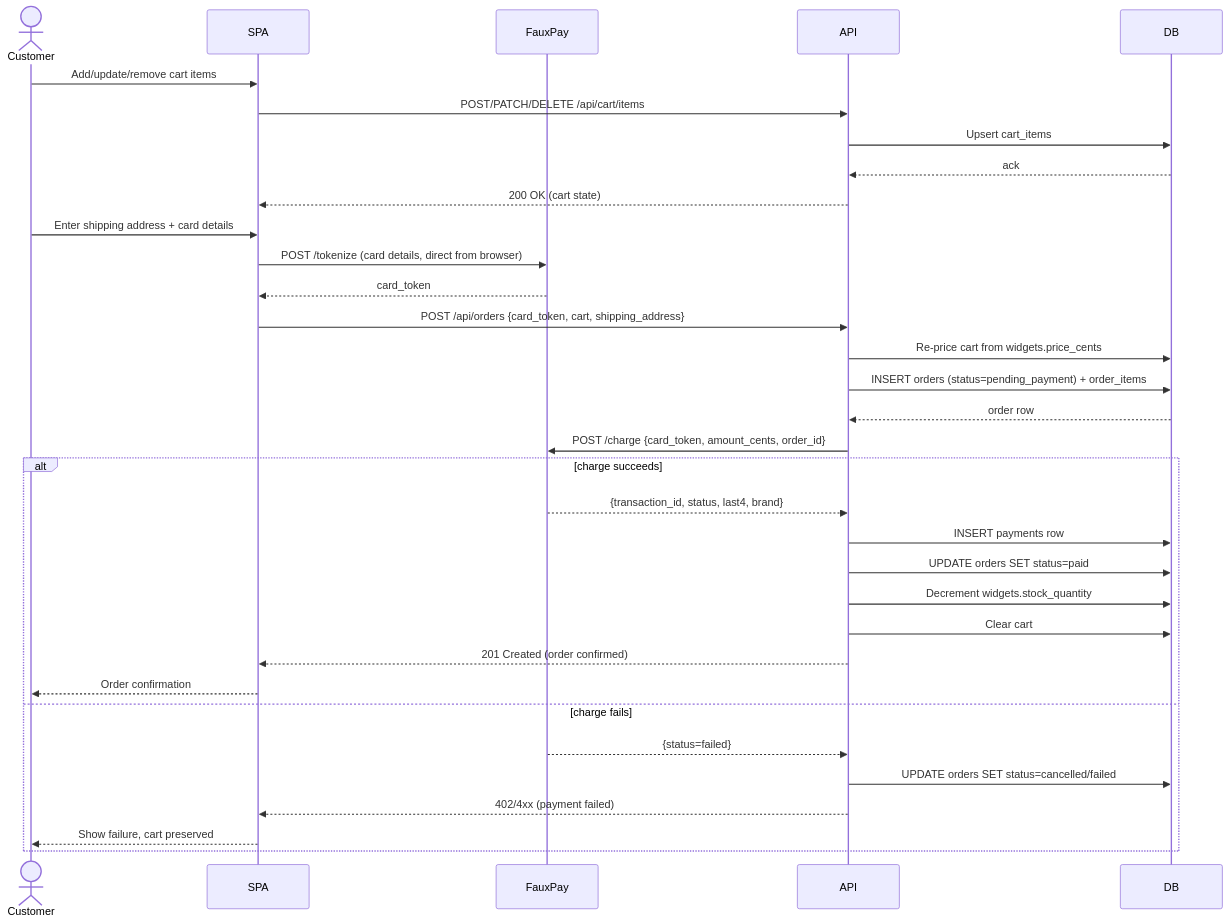
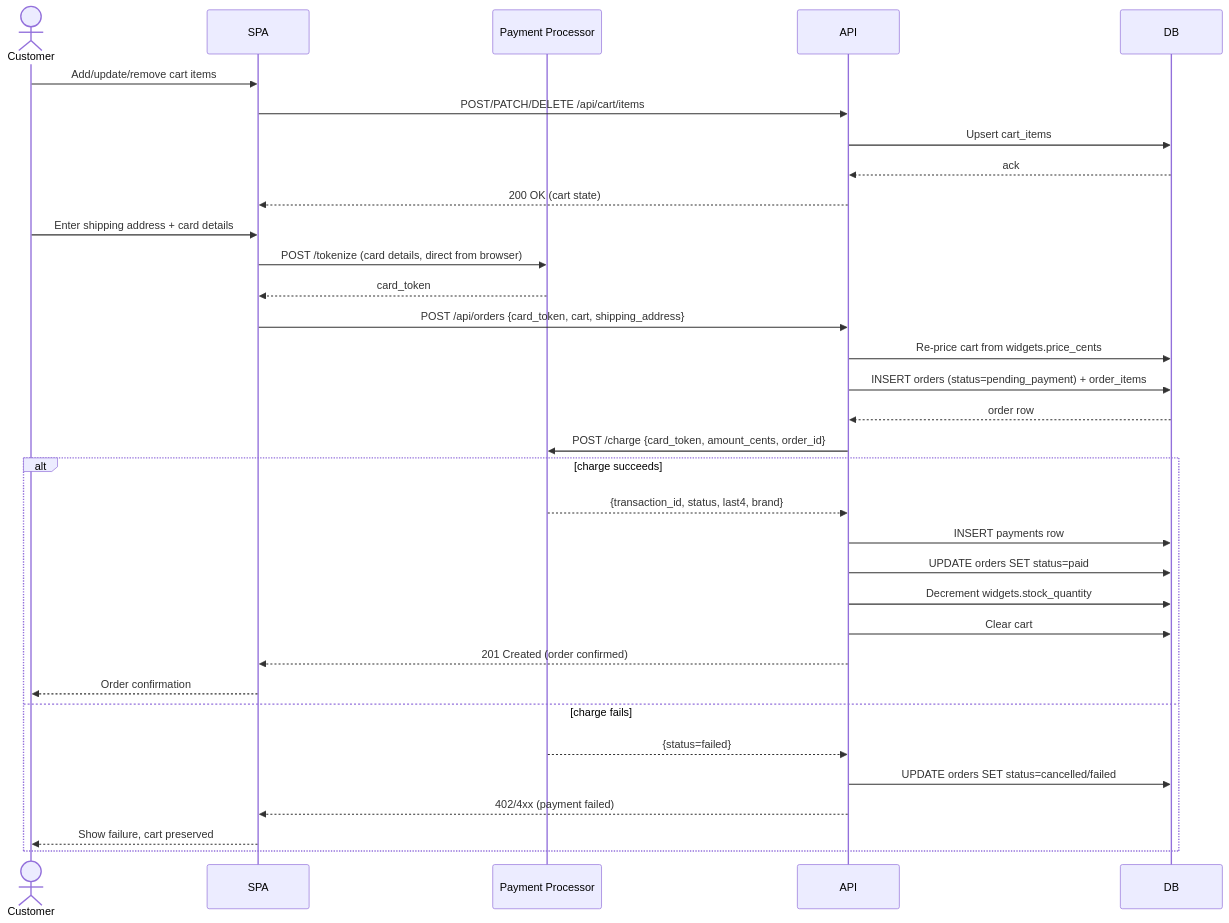
Before and after one commit to eweinmanepam/Remediation-Engineer-Sample-Application: the fourth of 7 diagrams in DESIGN.md, drawn with Mermaid. The commit also changed other lines of this file, not shown here.

First line of the commit message:
Describe payment processor as a real external gateway, not a fictional mock

````diff
--- a/DESIGN.md
+++ b/DESIGN.md
@@ -323,39 +322,39 @@
 ```mermaid
 sequenceDiagram
     actor Customer
     participant SPA
-    participant FauxPay
+    participant Processor as Payment Processor
     participant API
     participant DB
 
     Customer->>SPA: Add/update/remove cart items
     SPA->>API: POST/PATCH/DELETE /api/cart/items
     API->>DB: Upsert cart_items
     DB-->>API: ack
     API-->>SPA: 200 OK (cart state)
 
     Customer->>SPA: Enter shipping address + card details
-    SPA->>FauxPay: POST /tokenize (card details, direct from browser)
-    FauxPay-->>SPA: card_token
+    SPA->>Processor: POST /tokenize (card details, direct from browser)
+    Processor-->>SPA: card_token
 
     SPA->>API: POST /api/orders {card_token, cart, shipping_address}
     API->>DB: Re-price cart from widgets.price_cents
     API->>DB: INSERT orders (status=pending_payment) + order_items
     DB-->>API: order row
 
-    API->>FauxPay: POST /charge {card_token, amount_cents, order_id}
+    API->>Processor: POST /charge {card_token, amount_cents, order_id}
     alt charge succeeds
-        FauxPay-->>API: {transaction_id, status, last4, brand}
+        Processor-->>API: {transaction_id, status, last4, brand}
         API->>DB: INSERT payments row
         API->>DB: UPDATE orders SET status=paid
         API->>DB: Decrement widgets.stock_quantity
         API->>DB: Clear cart
         API-->>SPA: 201 Created (order confirmed)
         SPA-->>Customer: Order confirmation
     else charge fails
-        FauxPay-->>API: {status=failed}
+        Processor-->>API: {status=failed}
         API->>DB: UPDATE orders SET status=cancelled/failed
         API-->>SPA: 402/4xx (payment failed)
         SPA-->>Customer: Show failure, cart preserved
     end
 ```
````
